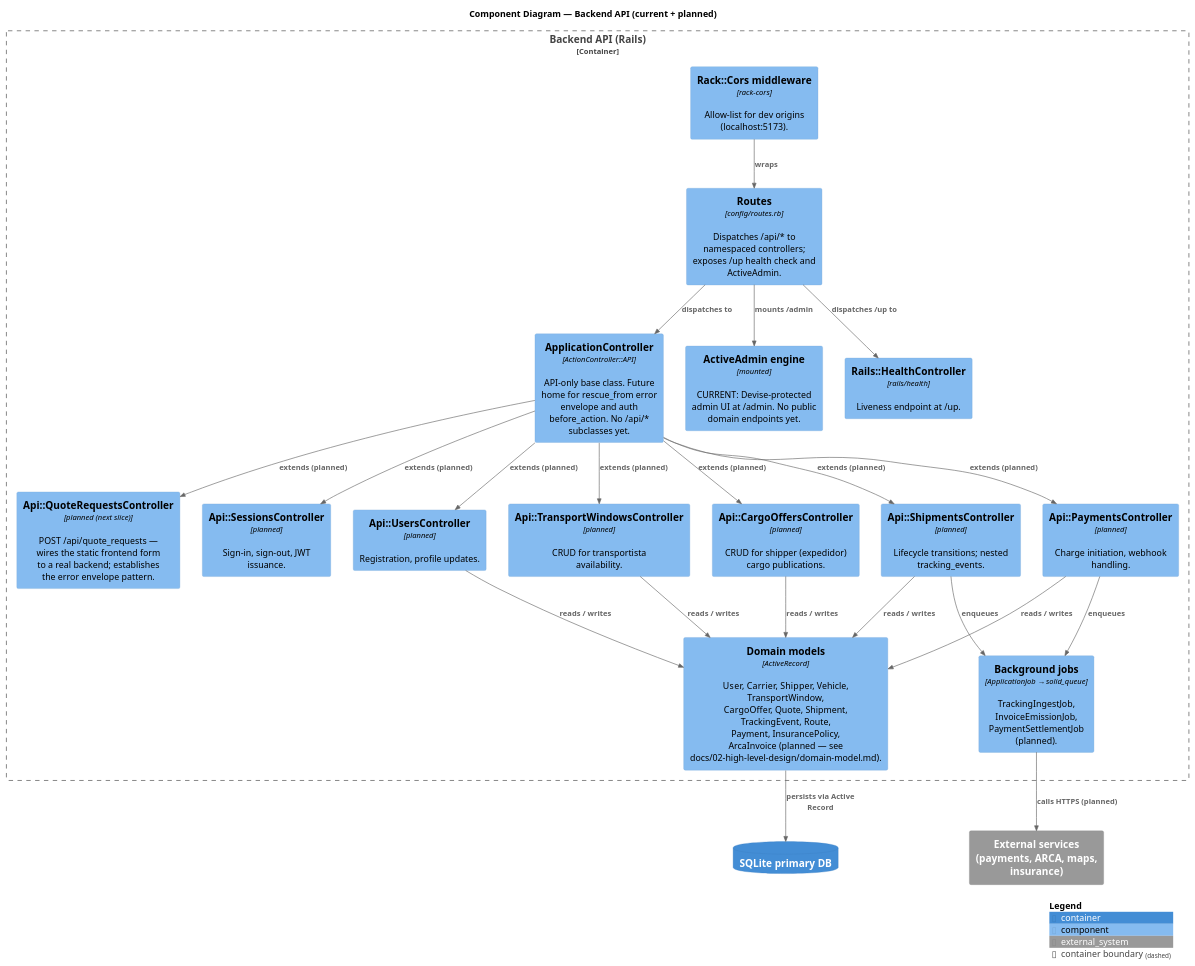
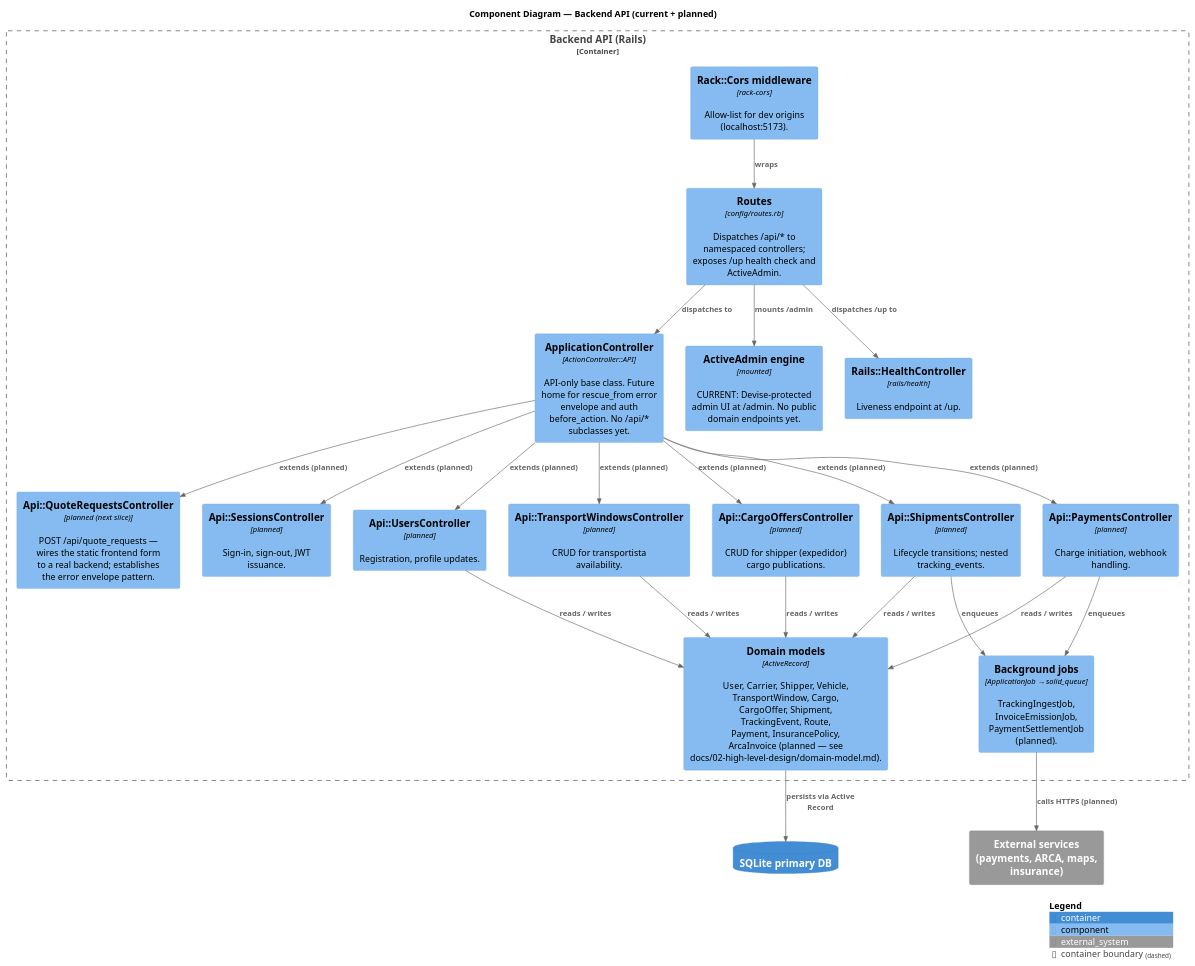
The diagram in docs/03-architecture-diagrams/c4-component-core.puml (matias-ferrero/Truckr), drawn with PlantUML before and after one commit. The commit also changed 25 other files, not shown here.

Commit message:
docs(rename): rename Quote→CargoOffer y CargoOffer→Cargo full sweep (#199)

```diff
--- a/docs/03-architecture-diagrams/c4-component-core.puml
+++ b/docs/03-architecture-diagrams/c4-component-core.puml
@@ -1,55 +1,55 @@
 @startuml c4-component-core
 !include <C4/C4_Component>
 
 title Component Diagram — Backend API (current + planned)
 
 Container_Boundary(api, "Backend API (Rails)") {
 
   Component(routes, "Routes", "config/routes.rb", "Dispatches /api/* to namespaced controllers; exposes /up health check and ActiveAdmin.")
   Component(app_controller, "ApplicationController", "ActionController::API", "API-only base class. Future home for rescue_from error envelope and auth before_action. No /api/* subclasses yet.")
 
   Component(active_admin, "ActiveAdmin engine", "mounted", "CURRENT: Devise-protected admin UI at /admin. No public domain endpoints yet.")
 
   Component(quote_c, "Api::QuoteRequestsController", "planned (next slice)", "POST /api/quote_requests — wires the static frontend form to a real backend; establishes the error envelope pattern.")
   Component(auth_c, "Api::SessionsController", "planned", "Sign-in, sign-out, JWT issuance.")
   Component(users_c, "Api::UsersController", "planned", "Registration, profile updates.")
   Component(windows_c, "Api::TransportWindowsController", "planned", "CRUD for transportista availability.")
   Component(offers_c, "Api::CargoOffersController", "planned", "CRUD for shipper (expedidor) cargo publications.")
   Component(shipments_c, "Api::ShipmentsController", "planned", "Lifecycle transitions; nested tracking_events.")
   Component(payments_c, "Api::PaymentsController", "planned", "Charge initiation, webhook handling.")
 
   Component(health_c, "Rails::HealthController", "rails/health", "Liveness endpoint at /up.")
 
-  Component(models, "Domain models", "ActiveRecord", "User, Carrier, Shipper, Vehicle, TransportWindow, CargoOffer, Quote, Shipment, TrackingEvent, Route, Payment, InsurancePolicy, ArcaInvoice (planned — see docs/02-high-level-design/domain-model.md).")
+  Component(models, "Domain models", "ActiveRecord", "User, Carrier, Shipper, Vehicle, TransportWindow, Cargo, CargoOffer, Shipment, TrackingEvent, Route, Payment, InsurancePolicy, ArcaInvoice (planned — see docs/02-high-level-design/domain-model.md).")
   Component(jobs, "Background jobs", "ApplicationJob → solid_queue", "TrackingIngestJob, InvoiceEmissionJob, PaymentSettlementJob (planned).")
   Component(cors, "Rack::Cors middleware", "rack-cors", "Allow-list for dev origins (localhost:5173).")
 }
 
 ContainerDb(db, "SQLite primary DB")
 System_Ext(ext, "External services\n(payments, ARCA, maps, insurance)")
 
 Rel(routes, app_controller, "dispatches to")
 Rel(routes, active_admin, "mounts /admin")
 Rel(app_controller, quote_c, "extends (planned)")
 Rel(app_controller, auth_c, "extends (planned)")
 Rel(app_controller, users_c, "extends (planned)")
 Rel(app_controller, windows_c, "extends (planned)")
 Rel(app_controller, offers_c, "extends (planned)")
 Rel(app_controller, shipments_c, "extends (planned)")
 Rel(app_controller, payments_c, "extends (planned)")
 Rel(routes, health_c, "dispatches /up to")
 
 Rel(users_c, models, "reads / writes")
 Rel(windows_c, models, "reads / writes")
 Rel(offers_c, models, "reads / writes")
 Rel(shipments_c, models, "reads / writes")
 Rel(payments_c, models, "reads / writes")
 Rel(payments_c, jobs, "enqueues")
 Rel(shipments_c, jobs, "enqueues")
 
 Rel(models, db, "persists via Active Record")
 Rel(jobs, ext, "calls HTTPS (planned)")
 Rel(cors, routes, "wraps")
 
 SHOW_LEGEND()
 @enduml
```
